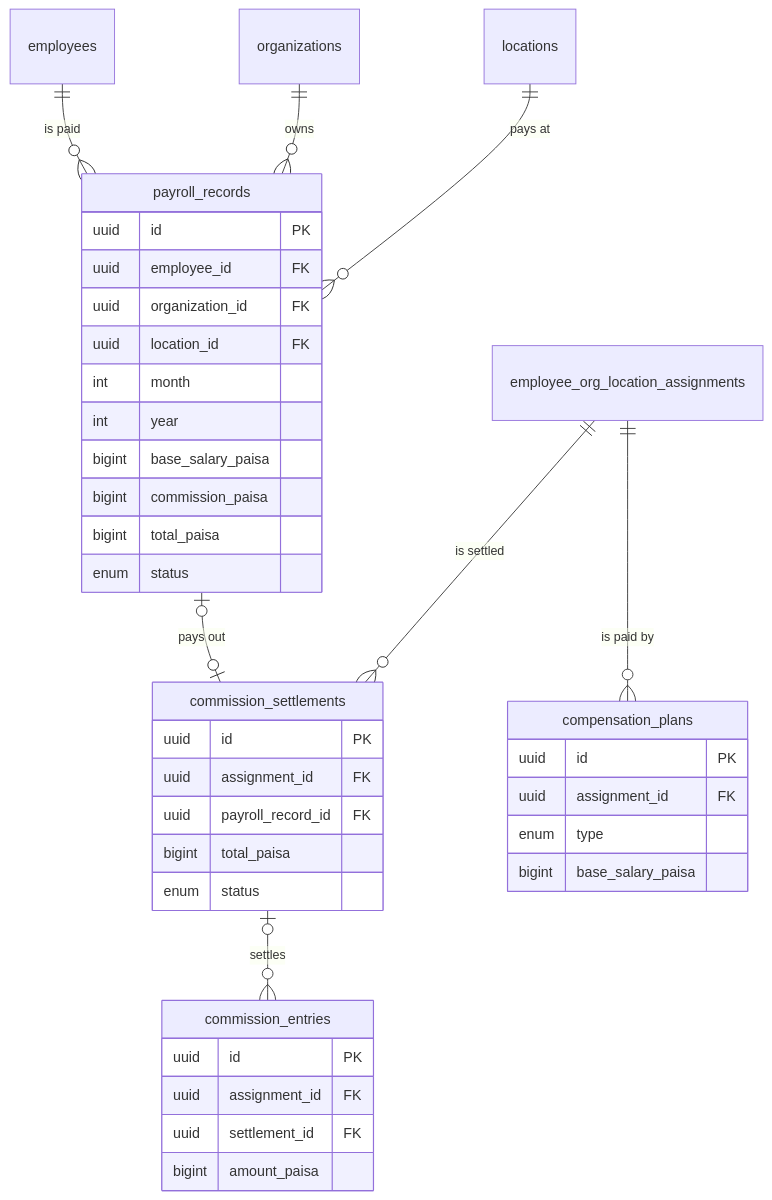
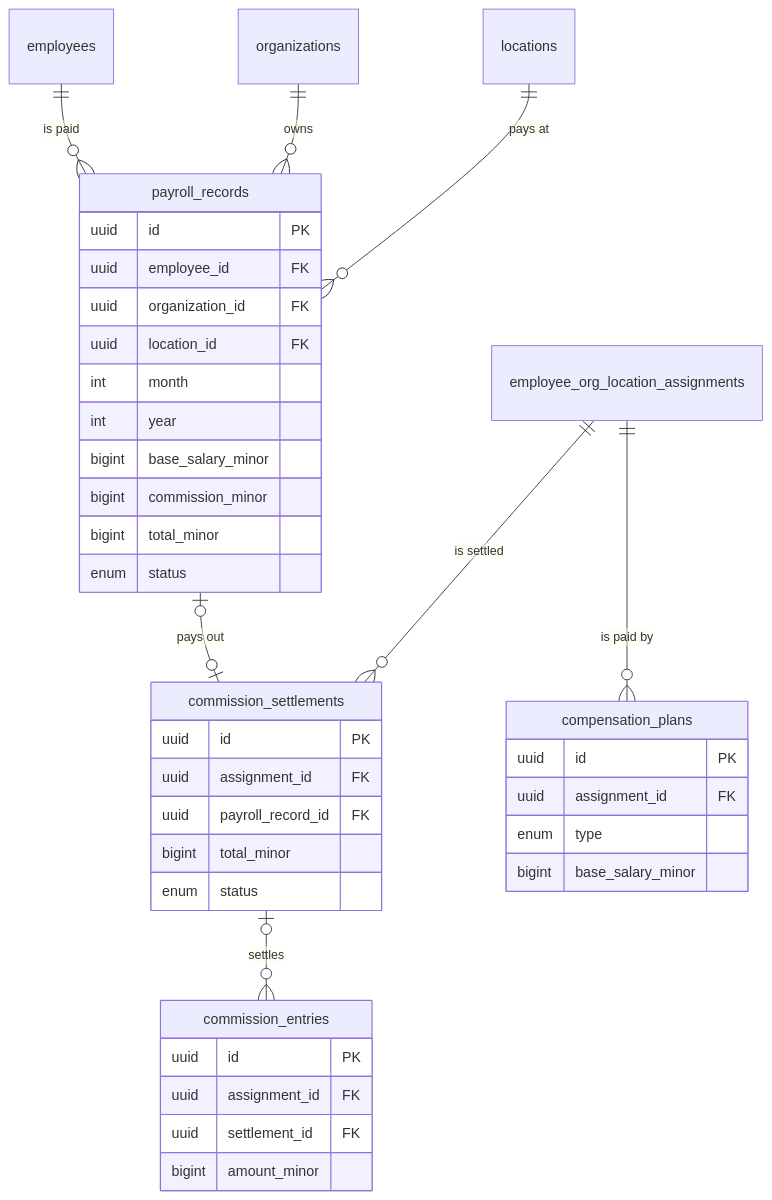
Before and after one commit to moinuddin2004/cms: the diagram in docs/handbook/diagrams/ch38-payroll-erd.mmd, drawn with Mermaid. The commit also changed 436 other files, not shown here.

```diff
--- a/docs/handbook/diagrams/ch38-payroll-erd.mmd
+++ b/docs/handbook/diagrams/ch38-payroll-erd.mmd
@@ -1,39 +1,39 @@
 erDiagram
     employees ||--o{ payroll_records : "is paid"
     organizations ||--o{ payroll_records : owns
     locations ||--o{ payroll_records : "pays at"
     payroll_records |o--o| commission_settlements : "pays out"
     commission_settlements |o--o{ commission_entries : settles
     employee_org_location_assignments ||--o{ compensation_plans : "is paid by"
     employee_org_location_assignments ||--o{ commission_settlements : "is settled"
     payroll_records {
         uuid id PK
         uuid employee_id FK
         uuid organization_id FK
         uuid location_id FK
         int month
         int year
-        bigint base_salary_paisa
-        bigint commission_paisa
-        bigint total_paisa
+        bigint base_salary_minor
+        bigint commission_minor
+        bigint total_minor
         enum status
     }
     commission_settlements {
         uuid id PK
         uuid assignment_id FK
         uuid payroll_record_id FK
-        bigint total_paisa
+        bigint total_minor
         enum status
     }
     commission_entries {
         uuid id PK
         uuid assignment_id FK
         uuid settlement_id FK
-        bigint amount_paisa
+        bigint amount_minor
     }
     compensation_plans {
         uuid id PK
         uuid assignment_id FK
         enum type
-        bigint base_salary_paisa
+        bigint base_salary_minor
     }
```
